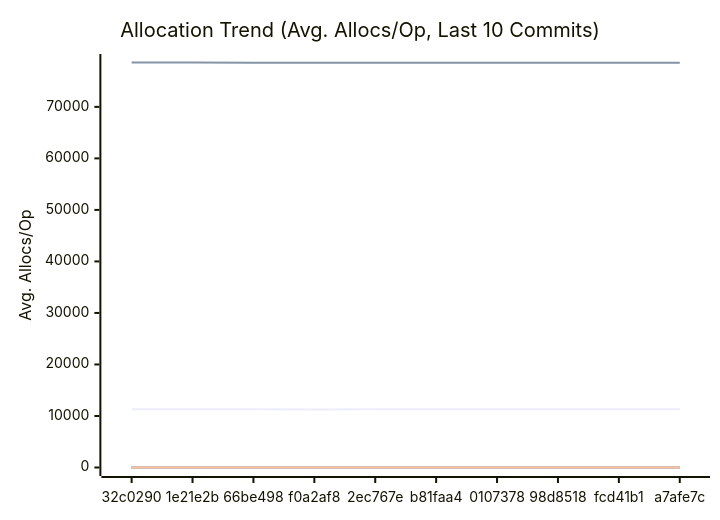
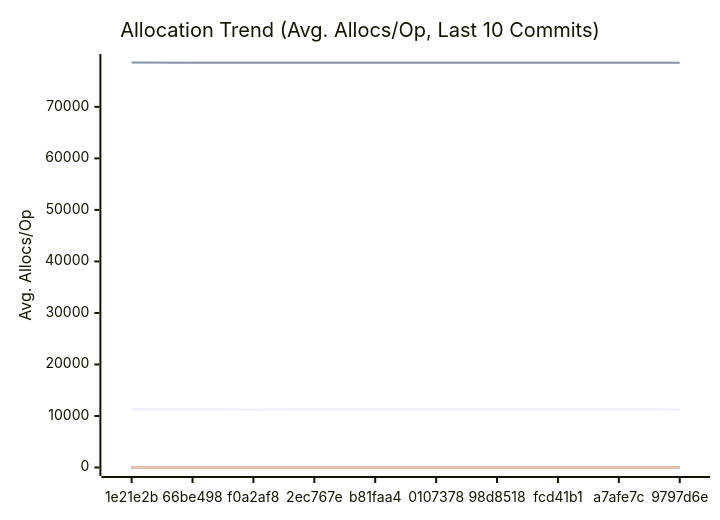
One commit to alsotoes/momo changed the third of 3 diagrams in docs/PERFORMANCE.md. Above: the diagram before and after it, drawn with Mermaid. The commit also changed other lines of this file and 2 other files, not shown here.

````diff
--- a/docs/PERFORMANCE.md
+++ b/docs/PERFORMANCE.md
@@ -197,20 +197,20 @@
 ```mermaid
 xychart-beta
     title "Allocation Trend (Avg. Allocs/Op, Last 10 Commits)"
     x-axis "Commit"
     y-axis "Avg. Allocs/Op"
-    x-axis [32c0290,1e21e2b,66be498,f0a2af8,2ec767e,b81faa4,0107378,98d8518,fcd41b1,a7afe7c]
-    line "AWSChunkedReaderSigned" [11290,11320,11284,11279,11295,11290,11295,11316,11293,11306]
-    line "AWSChunkedReaderUnsigned" [78594,78612,78570,78565,78569,78578,78577,78586,78574,78576]
+    x-axis [1e21e2b,66be498,f0a2af8,2ec767e,b81faa4,0107378,98d8518,fcd41b1,a7afe7c,9797d6e]
+    line "AWSChunkedReaderSigned" [11320,11284,11279,11295,11290,11295,11316,11293,11306,11272]
+    line "AWSChunkedReaderUnsigned" [78612,78570,78565,78569,78578,78577,78586,78574,78576,78564]
     line "CheckMetricsAndSwap" [0,0,0,0,0,0,0,0,0,0]
     line "CrushOptimized" [0,0,0,0,0,0,0,0,0,0]
     line "CrushOriginal" [3,3,3,3,3,3,3,3,3,3]
     line "IndexDirectTracking" [0,0,0,0,0,0,0,0,0,0]
     line "IndexSearch" [0,0,0,0,0,0,0,0,0,0]
     line "LoadGlobalConfig" [46,46,46,46,46,46,46,46,46,46]
     line "PadString" [1,1,1,1,1,1,1,1,1,1]
     line "ParseReplicationOrder_NoPrealloc" [6,6,6,6,6,5,5,5,5,5]
     line "ParseReplicationOrder_Prealloc" [2,2,2,2,2,1,1,1,1,1]
     line "SanitizeLog/Safe" [0,0,0,0,0,0,0,0,0,0]
     line "SanitizeLog/Unsafe" [1,1,1,1,1,1,1,1,1,1]
 ```
````
